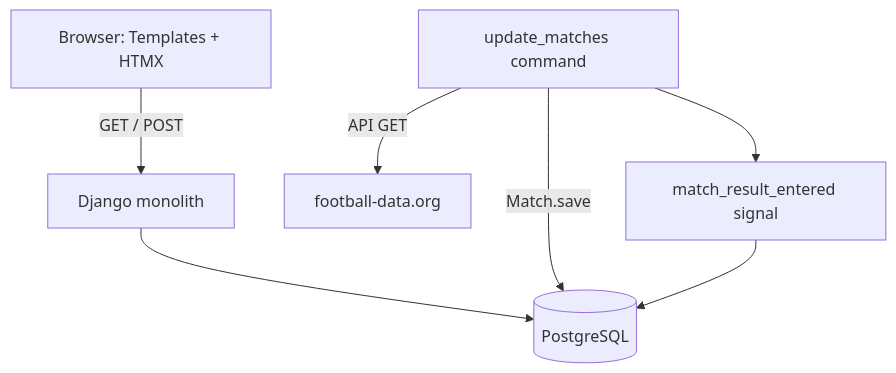
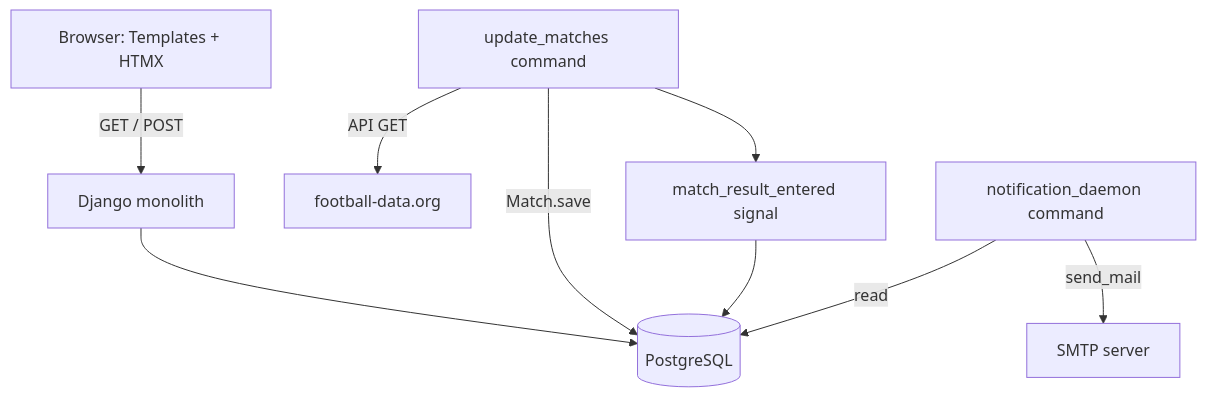
One commit to ConstantinKurz/shorty-tipp changed the first of 3 diagrams in docs/project/architecture.md. Above: the diagram before and after it, drawn with Mermaid. The commit also changed other lines of this file and 2 other files, not shown here.

Commit message:
revised architecture and readme

````diff
--- a/docs/project/architecture.md
+++ b/docs/project/architecture.md
@@ -45,9 +58,11 @@
 ```mermaid
 flowchart TD
     B["Browser: Templates + HTMX"] -->|GET / POST| D["Django monolith"]
     D --> P[(PostgreSQL)]
     U["update_matches command"] -->|API GET| F["football-data.org"]
     U -->|Match.save| P
     U --> S["match_result_entered signal"]
     S --> P
+    N["notification_daemon command"] -->|read| P
+    N -->|send_mail| M["SMTP server"]
 ```
````
